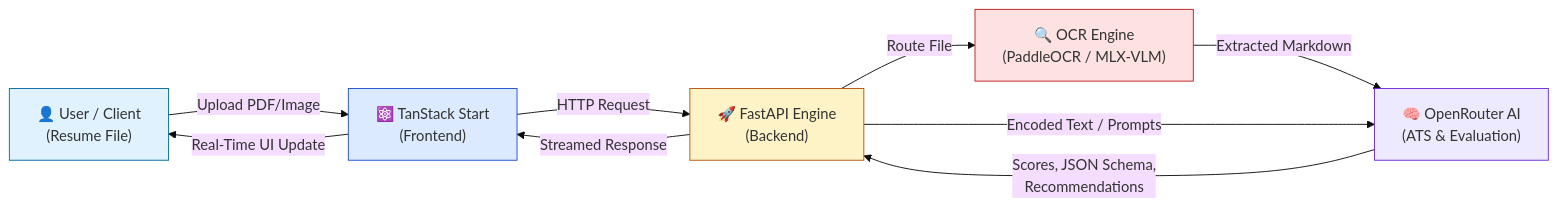
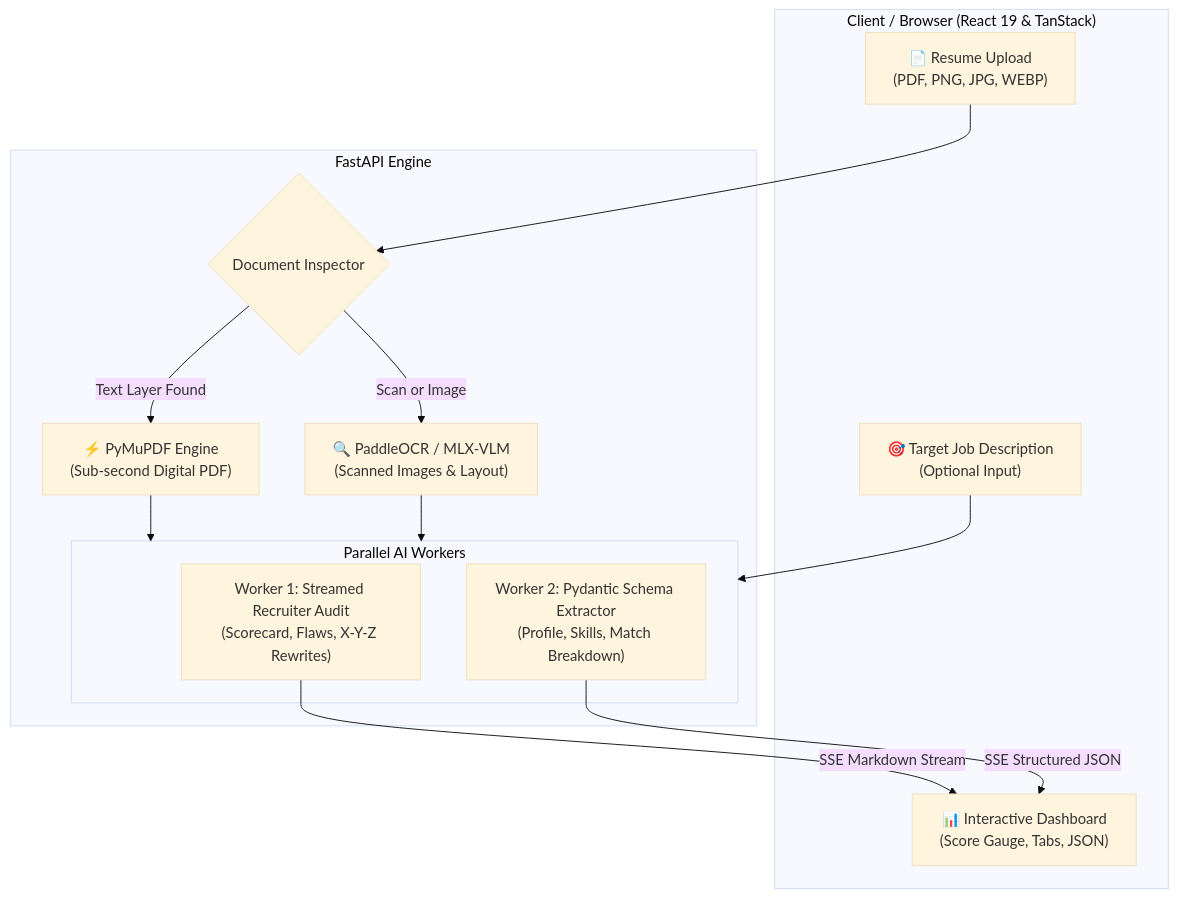
The diagram in README.md (Cakwei/Resume_Parse), drawn with Mermaid (base theme) before and after one commit. The commit also changed other lines of this file and 19 other files, not shown here.

Commit message:
feat: implement hybrid PDF extraction, dual ATS stream, and interactive dashboard

````diff
--- a/README.md
+++ b/README.md
@@ -7,17 +7,28 @@
 ```mermaid
-flowchart LR
-    A["👤 User / Client<br/>(Resume File)"] -->|Upload PDF/Image| B["⚛️ TanStack Start<br/>(Frontend)"]
-    B -->|HTTP Request| C["🚀 FastAPI Engine<br/>(Backend)"]
-    C -->|Route File| D["🔍 OCR Engine<br/>(PaddleOCR / MLX-VLM)"]
-    D -->|Extracted Markdown| E["🧠 OpenRouter AI<br/>(ATS & Evaluation)"]
-    C -->|Encoded Text / Prompts| E
-    E -->|Scores, JSON Schema,<br/>Recommendations| C
-    C -->|Streamed Response| B
-    B -->|Real-Time UI Update| A
+flowchart TD
+    subgraph Client ["Client / Browser (React 19 & TanStack)"]
+        Upload["📄 Resume Upload<br/>(PDF, PNG, JPG, WEBP)"]
+        JD["🎯 Target Job Description<br/>(Optional Input)"]
+        Dashboard["📊 Interactive Dashboard<br/>(Score Gauge, Tabs, JSON)"]
+    end
 
-    style A fill:#e0f2fe,stroke:#0369a1
-    style B fill:#dbeafe,stroke:#1d4ed8
-    style C fill:#fef3c7,stroke:#b45309
-    style D fill:#fee2e2,stroke:#b91c1c
-    style E fill:#ede9fe,stroke:#6d28d9
+    subgraph Backend ["FastAPI Engine"]
+        Inspector{"Document Inspector"}
+        PyMuPDF["⚡ PyMuPDF Engine<br/>(Sub-second Digital PDF)"]
+        VLM["🔍 PaddleOCR / MLX-VLM<br/>(Scanned Images & Layout)"]
+        
+        subgraph Workers ["Parallel AI Workers"]
+            W1["Worker 1: Streamed Recruiter Audit<br/>(Scorecard, Flaws, X-Y-Z Rewrites)"]
+            W2["Worker 2: Pydantic Schema Extractor<br/>(Profile, Skills, Match Breakdown)"]
+        end
+    end
+
+    Upload --> Inspector
+    JD --> Workers
+    Inspector -->|Text Layer Found| PyMuPDF
+    Inspector -->|Scan or Image| VLM
+    PyMuPDF --> Workers
+    VLM --> Workers
+    W1 -->|SSE Markdown Stream| Dashboard
+    W2 -->|SSE Structured JSON| Dashboard
 ```
````
